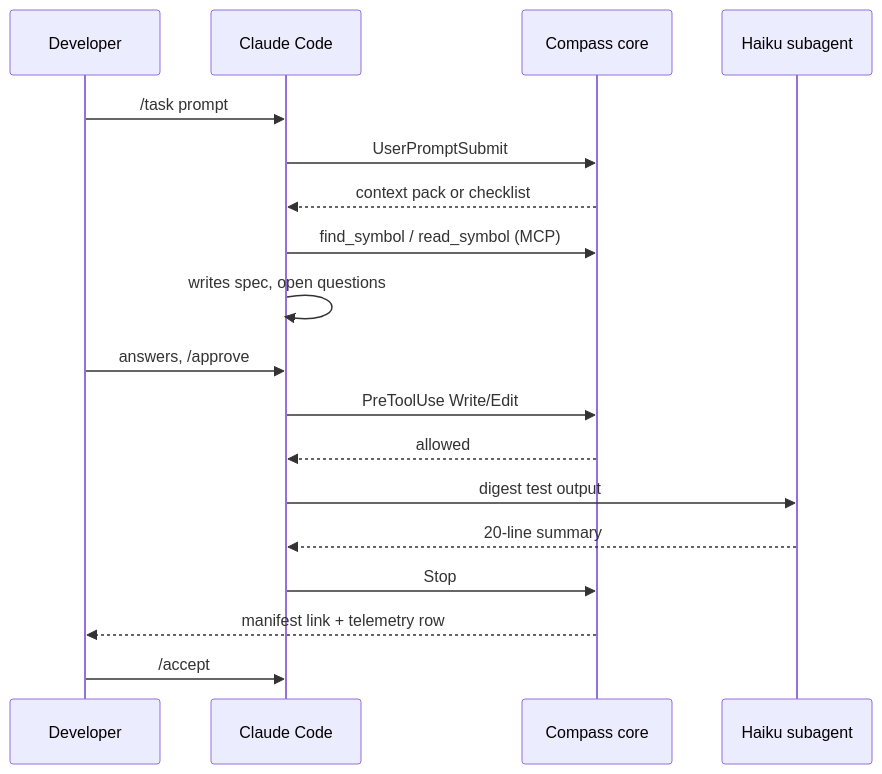
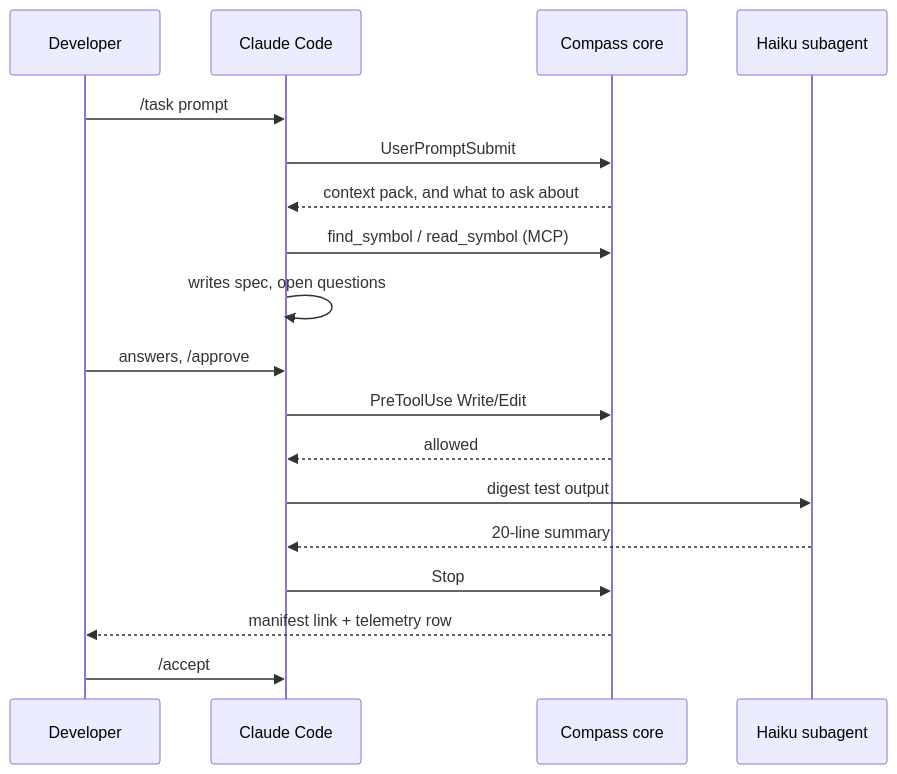
Before and after one commit to uveshm003/compass: the second of 2 diagrams in Compass — Architecture & Technical Design.md, drawn with Mermaid. The commit also changed other lines of this file and 34 other files, not shown here.

````diff
--- a/Compass — Architecture & Technical Design.md
+++ b/Compass — Architecture & Technical Design.md
@@ -47,20 +47,20 @@
 ```mermaid
 sequenceDiagram
   participant D as Developer
   participant C as Claude Code
   participant X as Compass core
   participant S as Haiku subagent
   D->>C: /task prompt
   C->>X: UserPromptSubmit
-  X-->>C: context pack or checklist
+  X-->>C: context pack, and what to ask about
   C->>X: find_symbol / read_symbol (MCP)
   C->>C: writes spec, open questions
   D->>C: answers, /approve
   C->>X: PreToolUse Write/Edit
   X-->>C: allowed
   C->>S: digest test output
   S-->>C: 20-line summary
   C->>X: Stop
   X-->>D: manifest link + telemetry row
   D->>C: /accept
 ```
````
